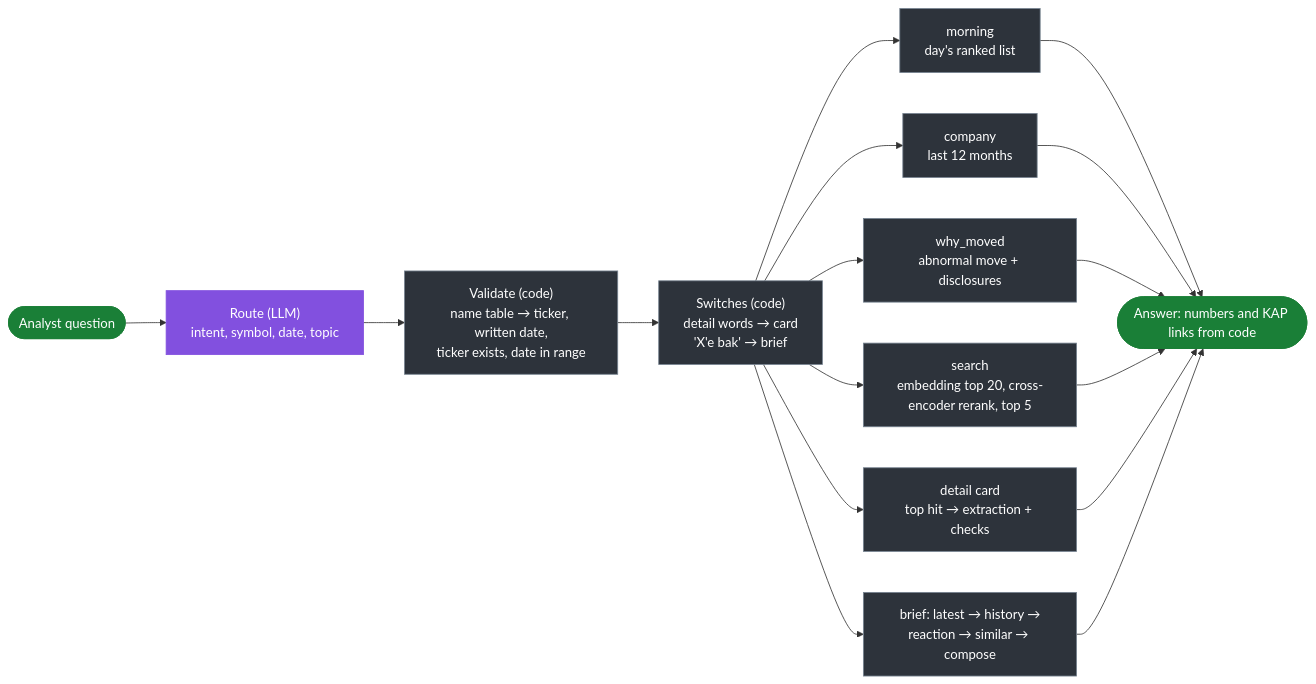
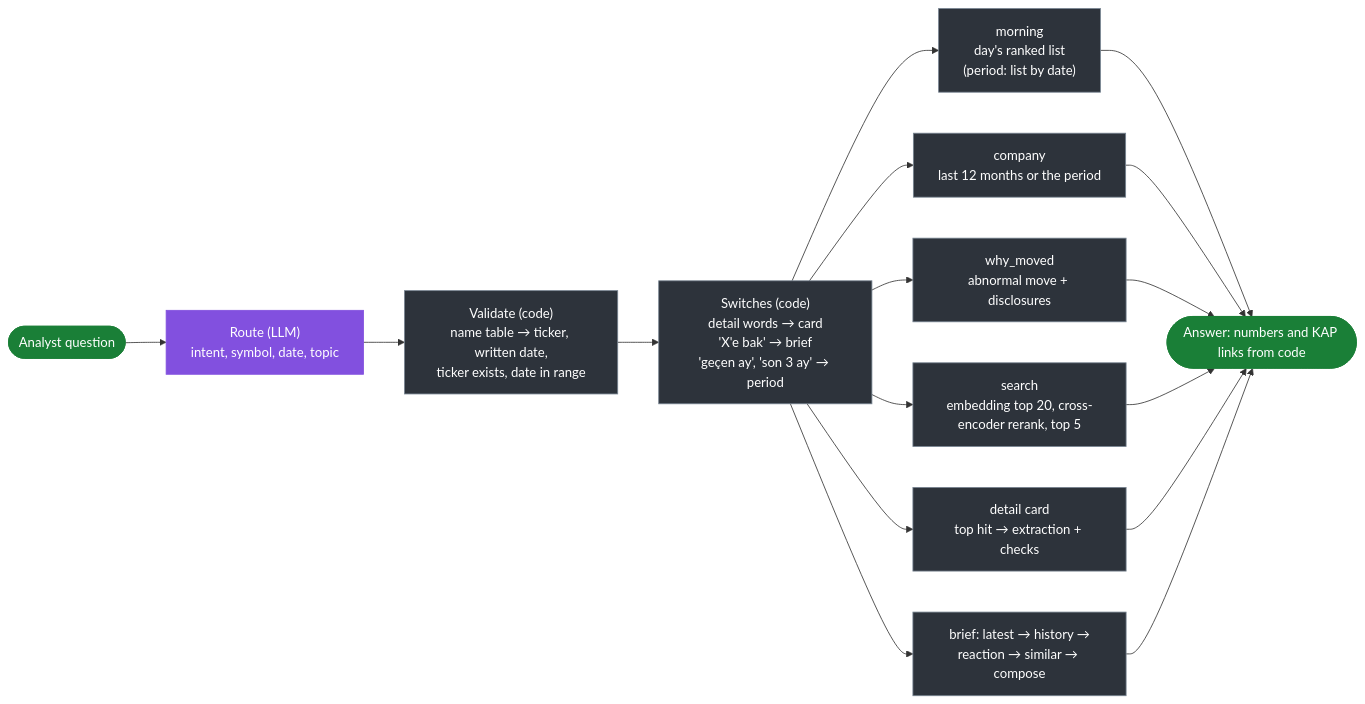
One commit to sfeyzayildiz/kap-triage changed the second of 2 diagrams in docs/architecture.md. Above: the diagram before and after it, drawn with Mermaid. The commit also changed other lines of this file and 5 other files, not shown here.

````diff
--- a/docs/architecture.md
+++ b/docs/architecture.md
@@ -38,26 +42,26 @@
 ```mermaid
 flowchart LR
     classDef llm fill:#8250df,stroke:#8250df,color:#ffffff
     classDef code fill:#2d333b,stroke:#768390,color:#ffffff
     classDef out fill:#1a7f37,stroke:#1a7f37,color:#ffffff
 
     Q(["Analyst question"]):::out
     ROUTE["Route (LLM)<br/>intent, symbol, date, topic"]:::llm
     VAL["Validate (code)<br/>name table → ticker, written date,<br/>ticker exists, date in range"]:::code
-    SW["Switches (code)<br/>detail words → card<br/>'X'e bak' → brief"]:::code
-    T1["morning<br/>day's ranked list"]:::code
-    T2["company<br/>last 12 months"]:::code
+    SW["Switches (code)<br/>detail words → card<br/>'X'e bak' → brief<br/>'geçen ay', 'son 3 ay' → period"]:::code
+    T1["morning<br/>day's ranked list<br/>(period: list by date)"]:::code
+    T2["company<br/>last 12 months or the period"]:::code
     T3["why_moved<br/>abnormal move + disclosures"]:::code
     T4["search<br/>embedding top 20, cross-encoder rerank, top 5"]:::code
     T5["detail card<br/>top hit → extraction + checks"]:::code
     B["brief: latest → history →<br/>reaction → similar → compose"]:::code
     A(["Answer: numbers and KAP links from code"]):::out
 
     Q --> ROUTE --> VAL --> SW
     SW --> T1 --> A
     SW --> T2 --> A
     SW --> T3 --> A
     SW --> T4 --> A
     SW --> T5 --> A
     SW --> B --> A
 ```
````
